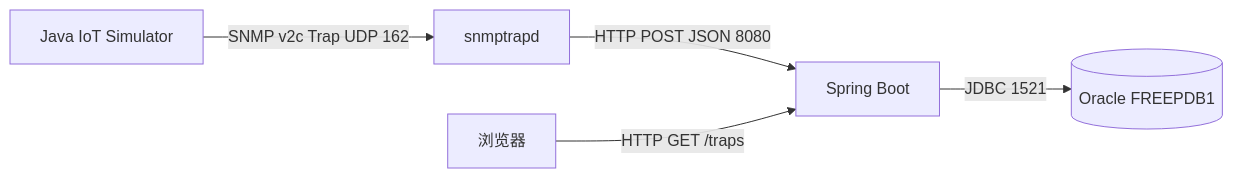
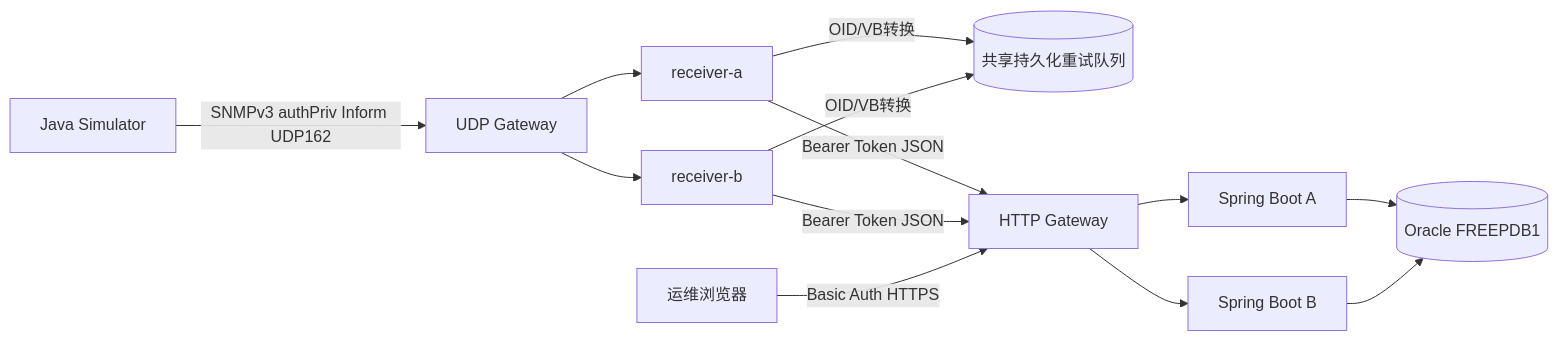
One commit to seki999/DialogueFlow_GitHub_OnLine changed the diagram in slides/snmp-trap-demo-course/03.md. Above: the diagram before and after it, drawn with Mermaid. The commit also changed other lines of this file and 48 other files, not shown here.

````diff
--- a/slides/snmp-trap-demo-course/03.md
+++ b/slides/snmp-trap-demo-course/03.md
@@ -5,7 +5,15 @@
 ```mermaid
 flowchart LR
-    S[Java IoT Simulator] -->|SNMP v2c Trap UDP 162| T[snmptrapd]
-    T -->|HTTP POST JSON 8080| A[Spring Boot]
-    A -->|JDBC 1521| O[(Oracle FREEPDB1)]
-    U[浏览器] -->|HTTP GET /traps| A
+  D[Java Simulator] -->|SNMPv3 authPriv Inform UDP162| G[UDP Gateway]
+  G --> R1[receiver-a]
+  G --> R2[receiver-b]
+  R1 -->|OID/VB转换| Q[(共享持久化重试队列)]
+  R2 -->|OID/VB转换| Q
+  R1 -->|Bearer Token JSON| H[HTTP Gateway]
+  R2 -->|Bearer Token JSON| H
+  H --> A1[Spring Boot A]
+  H --> A2[Spring Boot B]
+  A1 --> O[(Oracle FREEPDB1)]
+  A2 --> O
+  U[运维浏览器] -->|Basic Auth HTTPS| H
 ```
````
